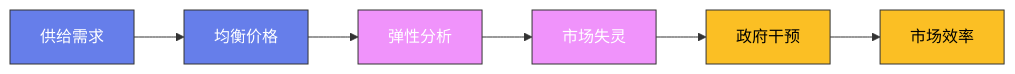
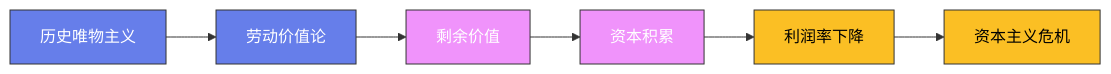
The diagram in content/posts/ModelCreate/经济学与金融/02-马克思主义经济学.md (Fengur/Fengur.github.io), drawn with Mermaid before and after one commit. The commit also changed 118 other files, not shown here.

````diff
--- a/content/posts/ModelCreate/经济学与金融/02-马克思主义经济学.md
+++ b/content/posts/ModelCreate/经济学与金融/02-马克思主义经济学.md
@@ -71,16 +71,16 @@
 ```mermaid
 graph LR
-    A["供给需求"] --> B["均衡价格"]
-    B --> C["弹性分析"]
-    C --> D["市场失灵"]
-    D --> E["政府干预"]
-    E --> F["市场效率"]
+    A["历史唯物主义"] --> B["劳动价值论"]
+    B --> C["剩余价值"]
+    C --> D["资本积累"]
+    D --> E["利润率下降"]
+    E --> F["资本主义危机"]
 
     classDef early fill:#667eea,stroke:#333,color:white
     classDef mid fill:#f093fb,stroke:#333,color:white
     classDef modern fill:#fbbf24,stroke:#333,color:black
 
     class A,B early
     class C,D mid
     class E,F modern
 ```
````
